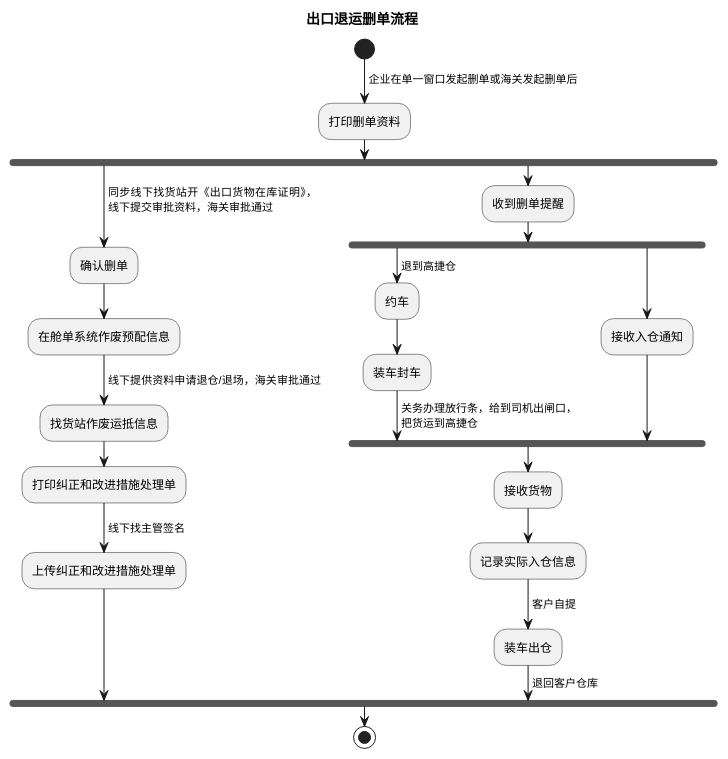
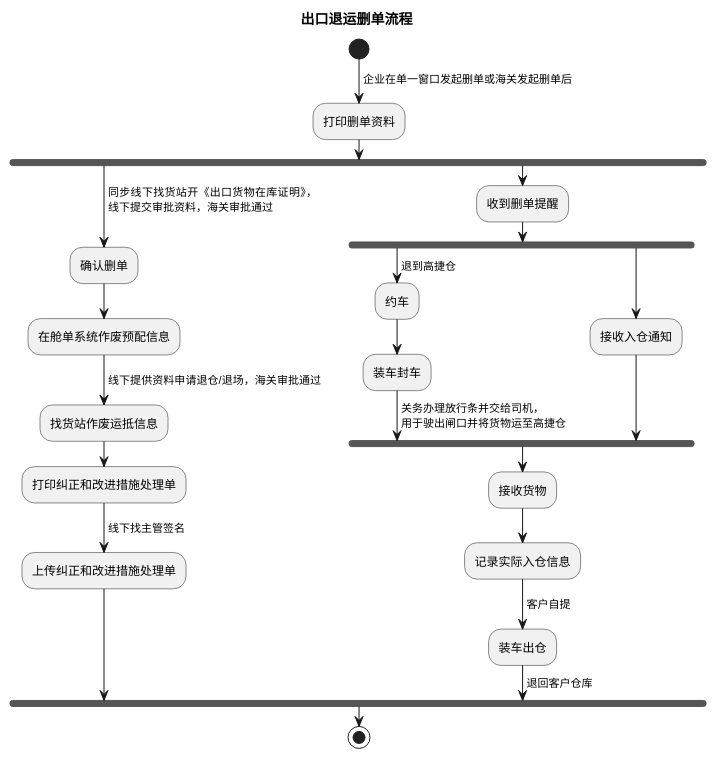
One commit to jack888332/projects-doc changed the eighth of 11 diagrams in product-caliber/goldjet/segmented-prd/mainflow/PRD.高捷物流系统一期.主流程.03.普货进出口关务详细流程.md. Above: the diagram before and after it, drawn with PlantUML. The commit also changed other lines of this file and 59 other files, not shown here.

````diff
--- a/product-caliber/goldjet/segmented-prd/mainflow/PRD.高捷物流系统一期.主流程.03.普货进出口关务详细流程.md
+++ b/product-caliber/goldjet/segmented-prd/mainflow/PRD.高捷物流系统一期.主流程.03.普货进出口关务详细流程.md
@@ -243,34 +229,34 @@
 ```plantuml
 @startuml
 title 出口退运删单流程
 start
 -> 企业在单一窗口发起删单或海关发起删单后;
 :打印删单资料;
 fork
   -> 同步线下找货站开《出口货物在库证明》，\n线下提交审批资料，海关审批通过;
   :确认删单;
   :在舱单系统作废预配信息;
   -> 线下提供资料申请退仓/退场，海关审批通过;
   :找货站作废运抵信息;
   :打印纠正和改进措施处理单;
   -> 线下找主管签名;
   :上传纠正和改进措施处理单;
 fork again
   :收到删单提醒;
   fork
     -> 退到高捷仓;
     :约车;
     :装车封车;
-    -> 关务办理放行条，给到司机出闸口，\n把货运到高捷仓;
+    -> 关务办理放行条并交给司机，\n用于驶出闸口并将货物运至高捷仓;
   fork again
     :接收入仓通知;
   end fork
   :接收货物;
   :记录实际入仓信息;
   -> 客户自提;
   :装车出仓;
   -> 退回客户仓库;
 end fork
 stop
 @enduml
 ```
````
